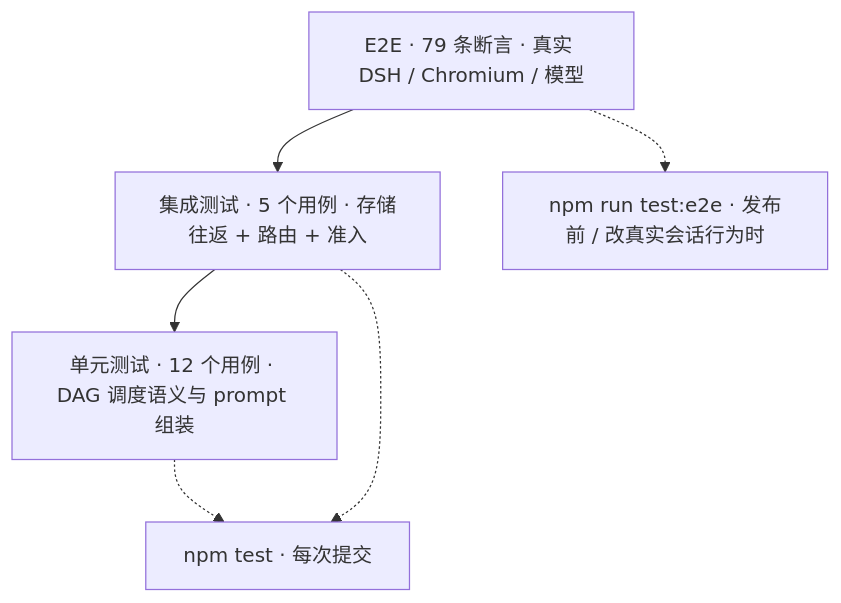
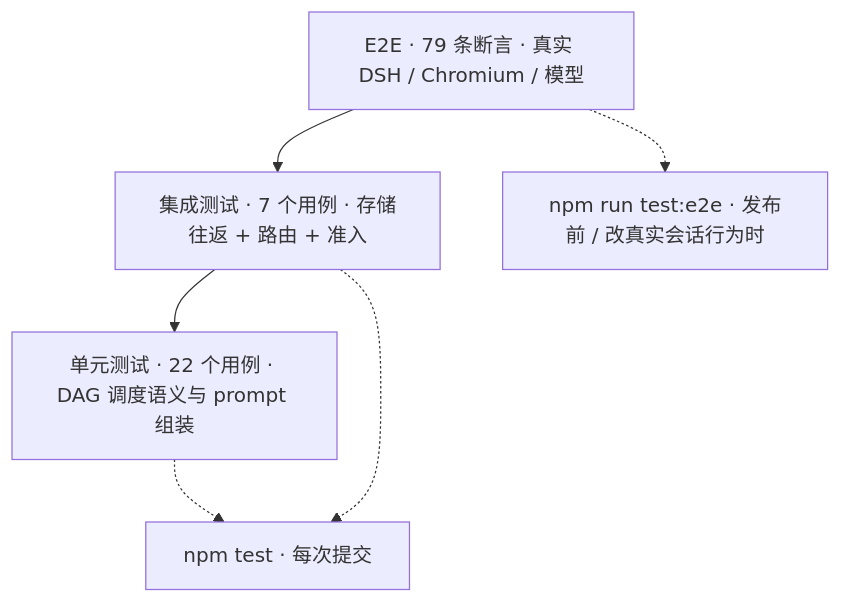
Before and after one commit to czyt1988/dsh-workflow-orchestrator: the first of 2 diagrams in docs/dev/testing.md, drawn with Mermaid. The commit also changed other lines of this file and 20 other files, not shown here.

````diff
--- a/docs/dev/testing.md
+++ b/docs/dev/testing.md
@@ -13,10 +13,10 @@
 ```mermaid
 flowchart TB
   A["E2E · 79 条断言 · 真实 DSH / Chromium / 模型"]
-  B["集成测试 · 5 个用例 · 存储往返 + 路由 + 准入"]
-  C["单元测试 · 12 个用例 · DAG 调度语义与 prompt 组装"]
+  B["集成测试 · 7 个用例 · 存储往返 + 路由 + 准入"]
+  C["单元测试 · 22 个用例 · DAG 调度语义与 prompt 组装"]
   A --> B --> C
   C -.-> D["npm test · 每次提交"]
   B -.-> D
   A -.-> E["npm run test:e2e · 发布前 / 改真实会话行为时"]
 ```
````
